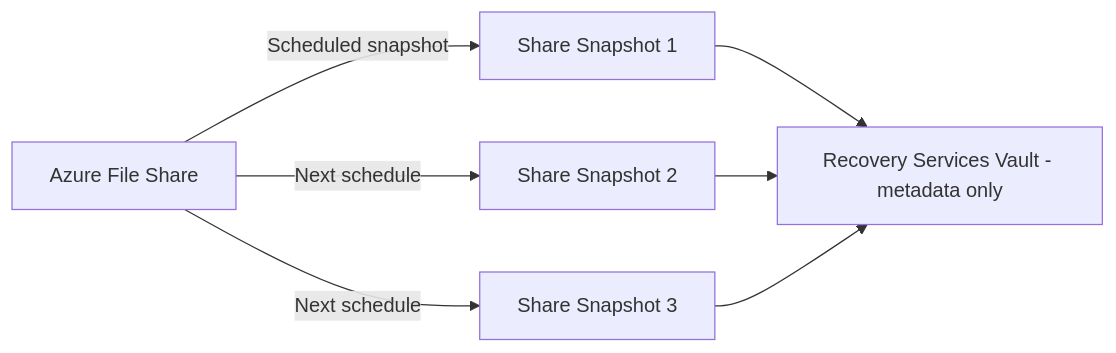
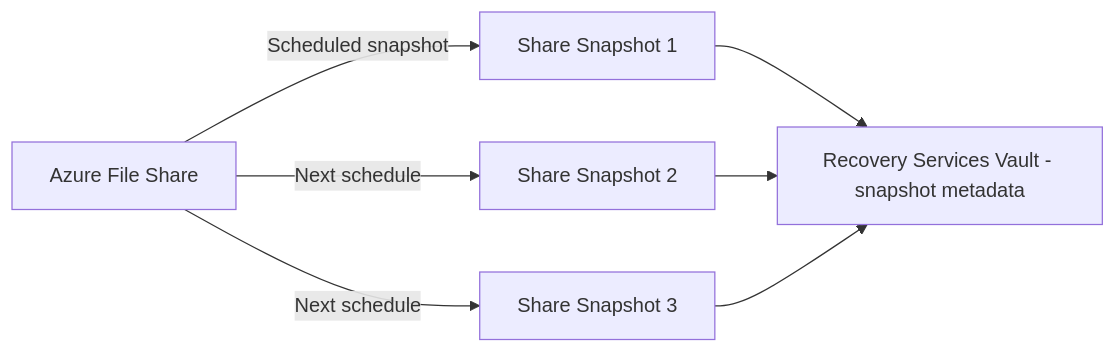
Before and after one commit to OneUptime/blog: the diagram in posts/2026-02-16-how-to-back-up-azure-file-shares-using-azure-backup-and-recovery-services-vault/README.md, drawn with Mermaid. The commit also changed other lines of this file and 2 other files, not shown here.

Commit message:
validate: 2026-02-16-how-to-back-up-azure-file-shares-using-azure-backup-and-recovery-services-vault

````diff
--- a/posts/2026-02-16-how-to-back-up-azure-file-shares-using-azure-backup-and-recovery-services-vault/README.md
+++ b/posts/2026-02-16-how-to-back-up-azure-file-shares-using-azure-backup-and-recovery-services-vault/README.md
@@ -27,9 +27,9 @@
 ```mermaid
 flowchart LR
     A[Azure File Share] -->|Scheduled snapshot| B[Share Snapshot 1]
     A -->|Next schedule| C[Share Snapshot 2]
     A -->|Next schedule| D[Share Snapshot 3]
-    B --> E[Recovery Services Vault - metadata only]
+    B --> E[Recovery Services Vault - snapshot metadata]
     C --> E
     D --> E
 ```
````
